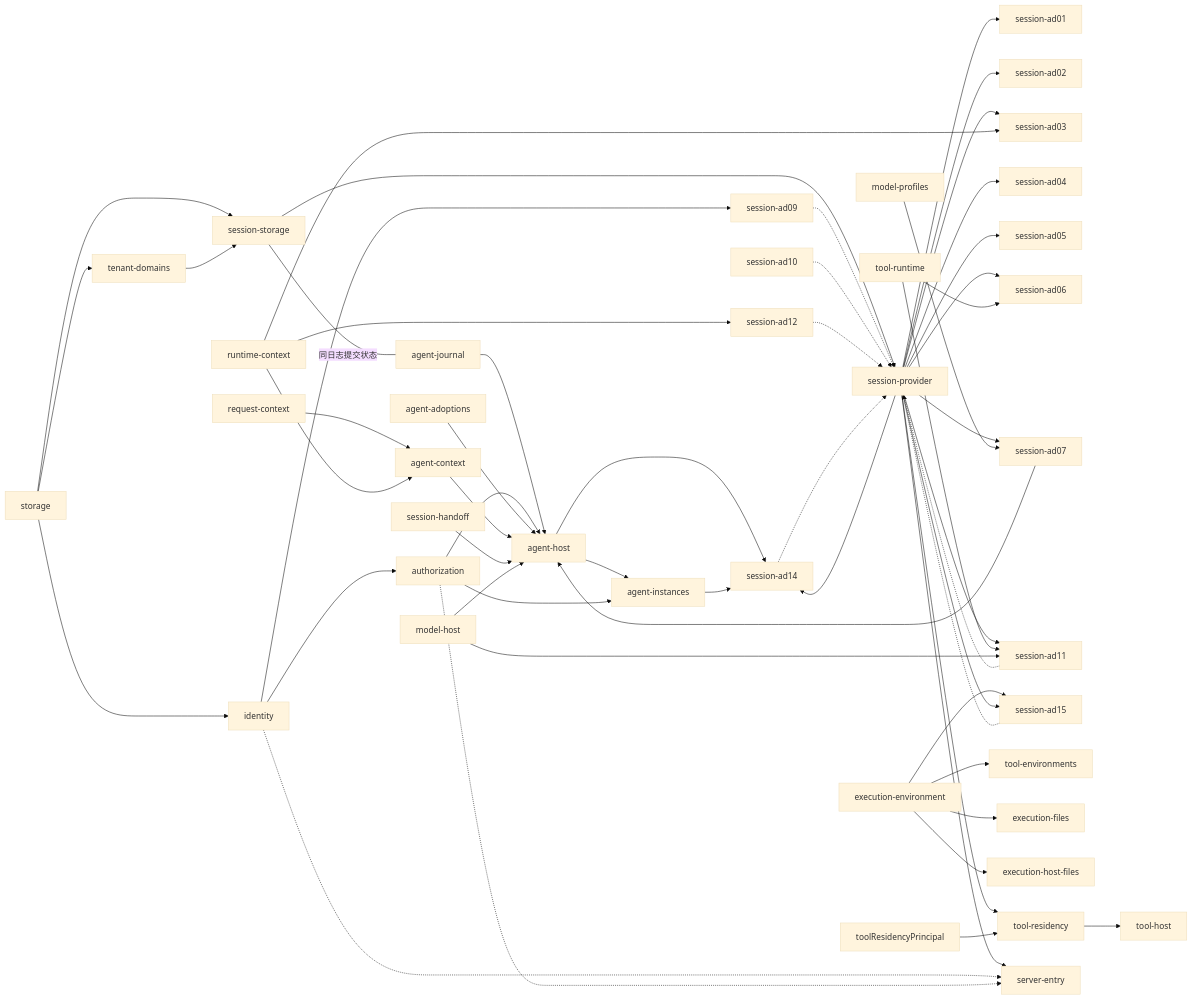
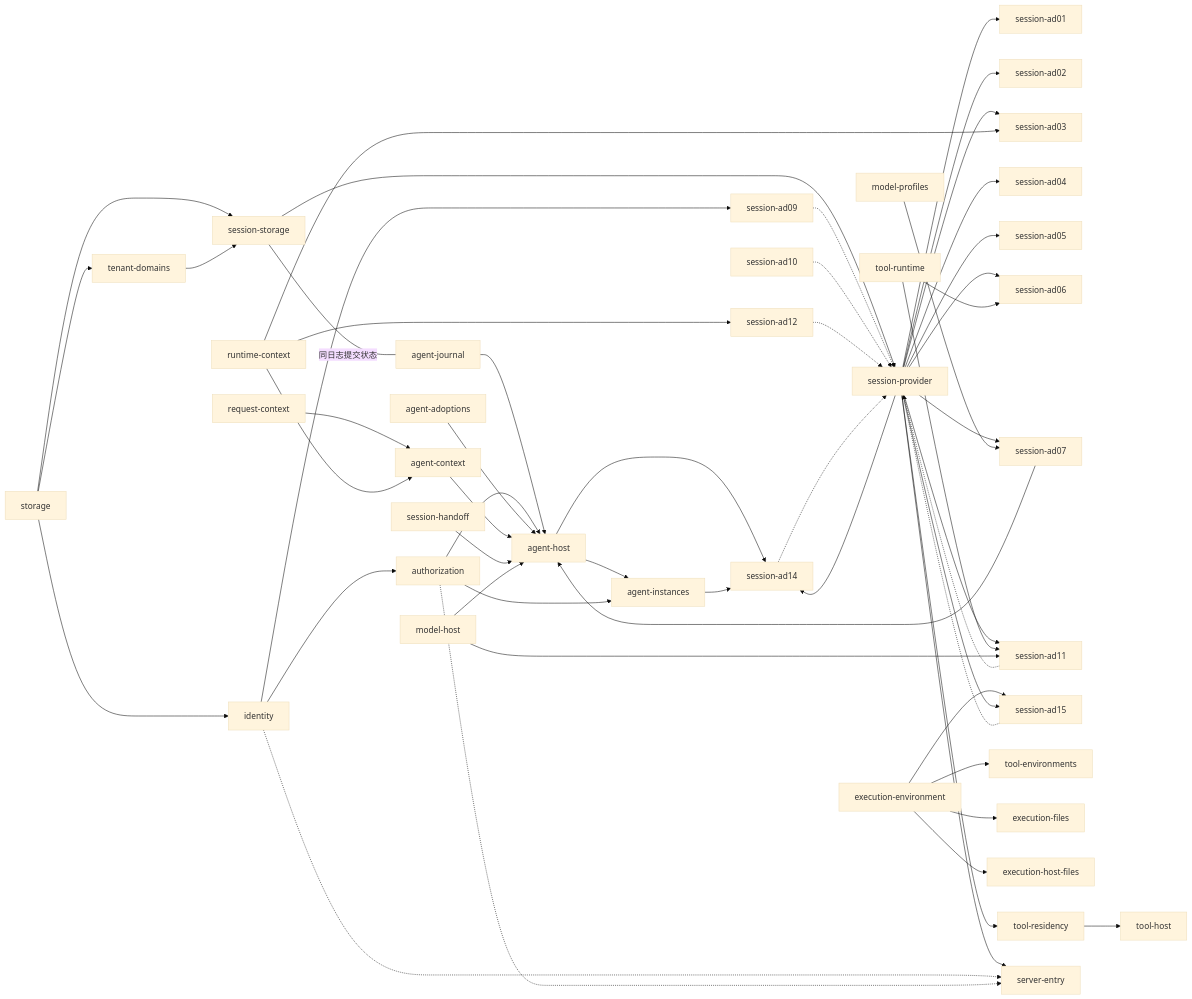
Before and after one commit to nemori-ai/omne-harness-lite: the diagram in docs/architecture/runtime/application-assembly.md, drawn with Mermaid (base theme). The commit also changed other lines of this file, not shown here.

````diff
--- a/docs/architecture/runtime/application-assembly.md
+++ b/docs/architecture/runtime/application-assembly.md
@@ -86,56 +86,55 @@
 ```mermaid
 flowchart LR
   storage --> tenant-domains
   storage --> identity
   storage --> session-storage
   tenant-domains --> session-storage
   session-storage ---|同日志提交状态| agent-journal
   identity --> authorization
   session-storage --> session-provider
   session-provider --> session-ad01
   session-provider --> session-ad02
   session-provider --> session-ad03
   session-provider --> session-ad04
   session-provider --> session-ad05
   session-provider --> session-ad06
   session-provider --> session-ad07
   session-provider --> session-ad11
   session-provider --> session-ad14
   runtime-context --> session-ad03
   runtime-context --> session-ad12
   model-profiles --> session-ad07
   identity --> session-ad09
   agent-host --> session-ad14
   agent-instances --> session-ad14
   request-context --> agent-context
   runtime-context --> agent-context
   agent-journal --> agent-host
   authorization --> agent-host
   agent-adoptions --> agent-host
   agent-context --> agent-host
   session-ad07 --> agent-host
   session-handoff --> agent-host
   model-host --> agent-host
   agent-host --> agent-instances
   authorization --> agent-instances
   tool-runtime --> session-ad06
   tool-runtime --> session-ad11
   model-host --> session-ad11
   execution-environment --> session-ad15
   session-provider --> session-ad15
   execution-environment --> tool-environments
   execution-environment --> execution-files
   execution-environment --> execution-host-files
   session-provider --> tool-residency
   tool-residency --> tool-host
-  toolResidencyPrincipal --> tool-residency
   session-provider --> server-entry
   session-ad09 -.-> session-provider
   session-ad10 -.-> session-provider
   session-ad12 -.-> session-provider
   session-ad14 -.-> session-provider
   session-ad11 -.-> session-provider
   session-ad15 -.-> session-provider
   identity -.-> server-entry
   authorization -.-> server-entry
 ```
````
